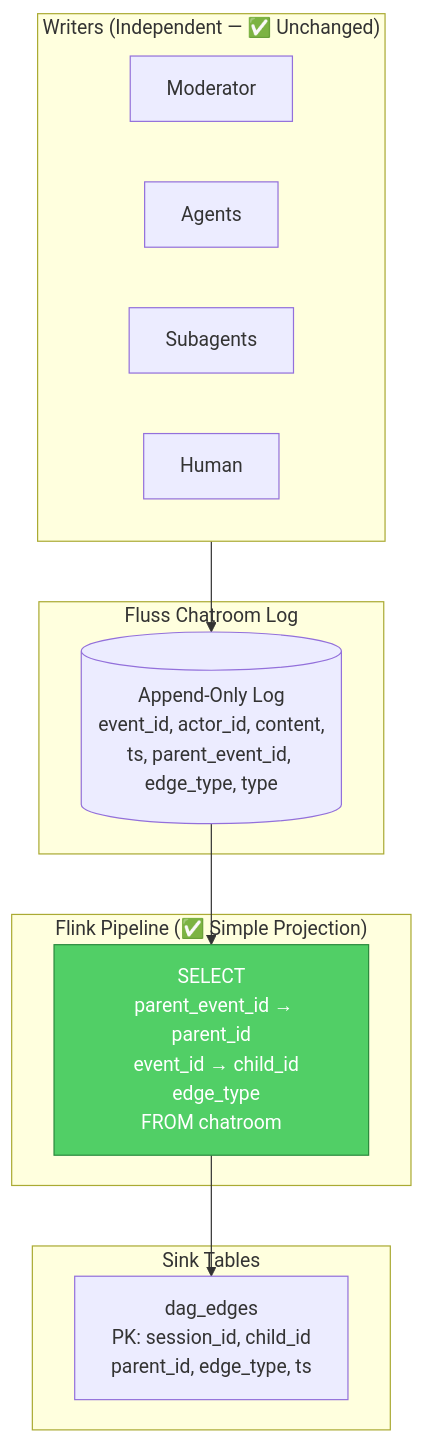
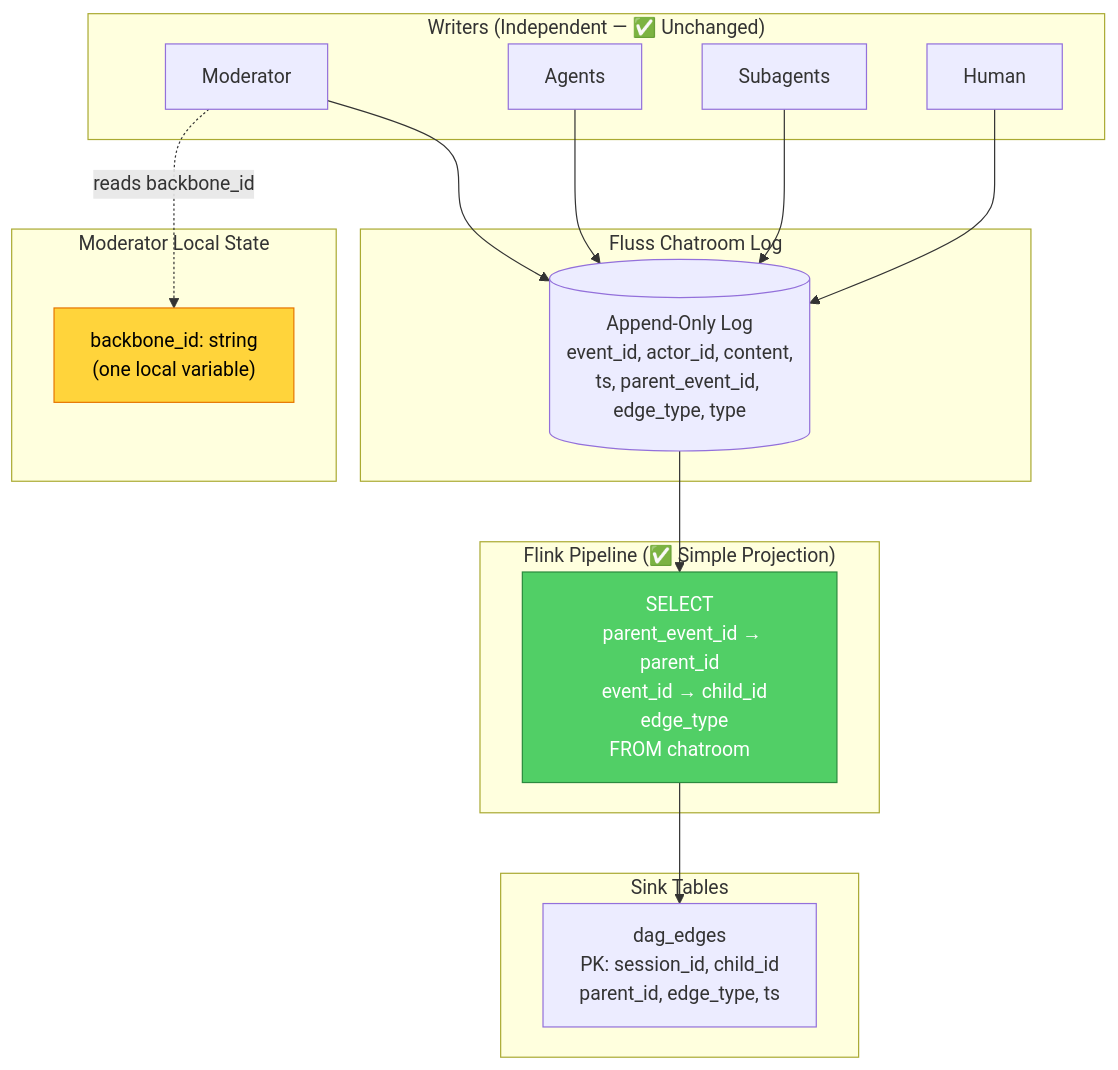
One commit to qzyu999/ContainerClaw changed the sixth of 8 diagrams in docs/draft_pt19_solution_proposal_pt5.md. Above: the diagram before and after it, drawn with Mermaid. The commit also changed other lines of this file and 1 other file, not shown here.

````diff
--- a/docs/draft_pt19_solution_proposal_pt5.md
+++ b/docs/draft_pt19_solution_proposal_pt5.md
@@ -227,26 +371,35 @@
 ```mermaid
 flowchart TD
     subgraph Writers["Writers (Independent — ✅ Unchanged)"]
         MOD[Moderator]
         AGT[Agents]
         SUB[Subagents]
         HUM[Human]
+    end
+
+    subgraph ModeratorState["Moderator Local State"]
+        BB["backbone_id: string<br/>(one local variable)"]
     end
 
     subgraph FlussLog["Fluss Chatroom Log"]
         LOG[(Append-Only Log<br/>event_id, actor_id, content,<br/>ts, parent_event_id, edge_type, type)]
     end
 
     subgraph FlinkPipeline["Flink Pipeline (✅ Simple Projection)"]
         SEL["SELECT<br/>  parent_event_id → parent_id<br/>  event_id → child_id<br/>  edge_type<br/>FROM chatroom"]
     end
 
     subgraph Sinks["Sink Tables"]
         DE2["dag_edges<br/>PK: session_id, child_id<br/>parent_id, edge_type, ts"]
     end
 
-    Writers --> LOG
+    HUM --> LOG
+    MOD --> LOG
+    AGT --> LOG
+    SUB --> LOG
+    MOD -.->|reads backbone_id| BB
     LOG --> SEL --> DE2
 
     style SEL fill:#51cf66,stroke:#2b8a3e,color:#fff
+    style BB fill:#ffd43b,stroke:#e67700,color:#000
 ```
````
